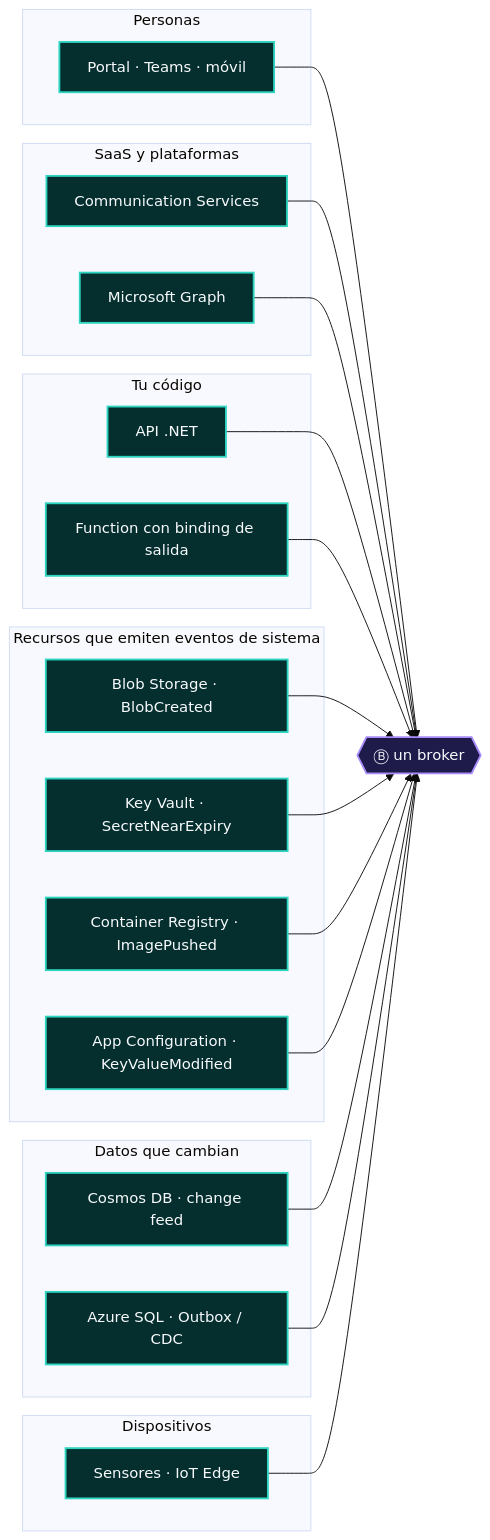
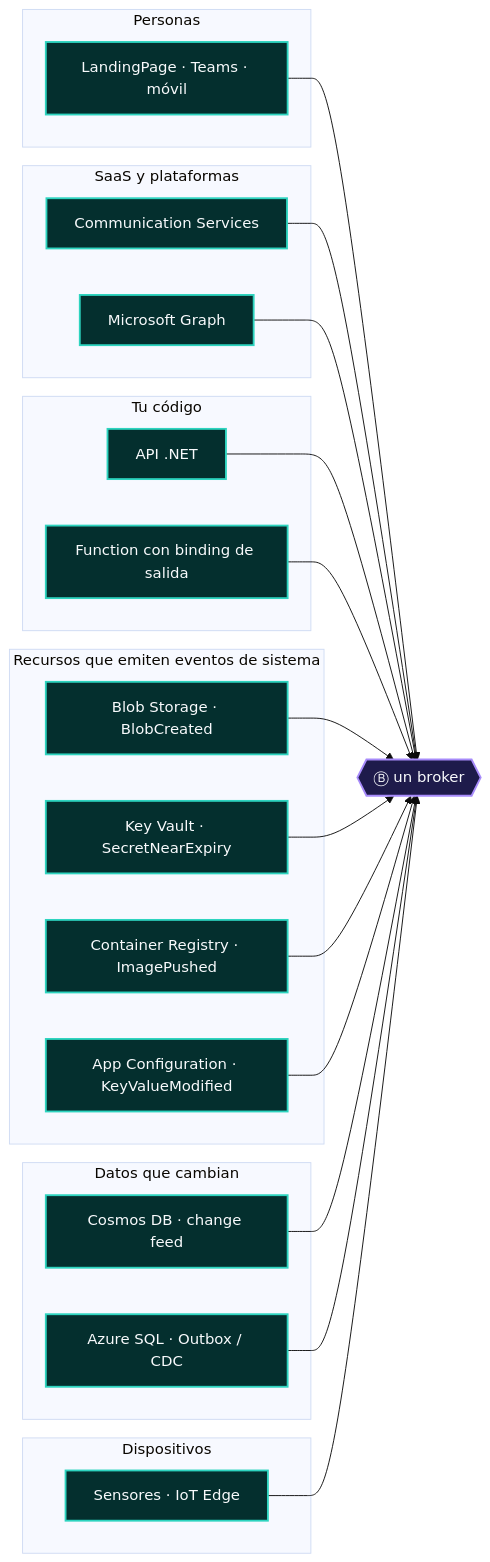
The first of 2 diagrams in docs/02-produce.md (CristianSifuentes/QuickTheoryNET), drawn with Mermaid (base theme) before and after one commit. The commit also changed other lines of this file and 23 other files, not shown here.

First line of the commit message:
Rename the Portal project to LandingPage

````diff
--- a/docs/02-produce.md
+++ b/docs/02-produce.md
@@ -41,30 +41,30 @@
 ```mermaid
 flowchart LR
     subgraph H["Personas"]
-        WEB["Portal · Teams · móvil"]:::P
+        WEB["LandingPage · Teams · móvil"]:::P
     end
     subgraph SaaS["SaaS y plataformas"]
         ACS["Communication Services"]:::P
         GR["Microsoft Graph"]:::P
     end
     subgraph APP["Tu código"]
         API["API .NET"]:::P
         FN["Function con binding de salida"]:::P
     end
     subgraph RES["Recursos que emiten eventos de sistema"]
         BL["Blob Storage · BlobCreated"]:::P
         KV["Key Vault · SecretNearExpiry"]:::P
         ACR["Container Registry · ImagePushed"]:::P
         CFG["App Configuration · KeyValueModified"]:::P
     end
     subgraph DAT["Datos que cambian"]
         CDB["Cosmos DB · change feed"]:::P
         SQL["Azure SQL · Outbox / CDC"]:::P
     end
     subgraph DEV["Dispositivos"]
         IOT["Sensores · IoT Edge"]:::P
     end
     WEB & ACS & GR & API & FN & BL & KV & ACR & CFG & CDB & SQL & IOT --> BUS{{"Ⓑ un broker"}}:::B
     classDef P fill:#042F2E,stroke:#2DD4BF,color:#F8FAFC,stroke-width:2px
     classDef B fill:#1E1B4B,stroke:#A78BFA,color:#F8FAFC,stroke-width:2px
 ```
````
